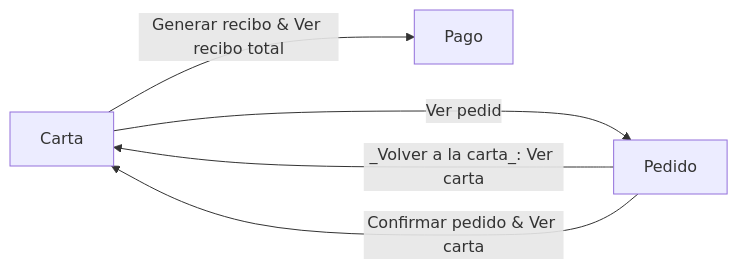
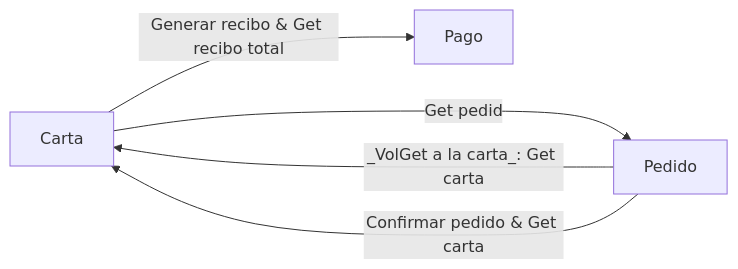
Before and after one commit to pabenito/QRest: the third of 9 diagrams in documentacion/requisitos/diagramas_de_flujo.md, drawn with Mermaid. The commit also changed other lines of this file, not shown here.

Commit message:
Diagramas de flujo: Casos de uso del backend & Sintaxis

````diff
--- a/documentacion/requisitos/diagramas_de_flujo.md
+++ b/documentacion/requisitos/diagramas_de_flujo.md
@@ -7,10 +33,10 @@
 ```mermaid
 flowchart LR
-        carta[Carta]
-        pedido[Pedido]
-        pago[Pago]
-    carta --Ver pedido--> pedido
-    pedido --_Volver a la carta_: Ver carta--> carta
-    pedido --Confirmar pedido & Ver carta--> carta
-    carta --Generar recibo & Ver recibo total--> pago
+    carta[Carta]
+    pedido[Pedido]
+    pago[Pago]
+    carta --Get pedido--> pedido
+    pedido --_VolGet a la carta_: Get carta--> carta
+    pedido --Confirmar pedido & Get carta--> carta
+    carta --Generar recibo & Get recibo total--> pago
 ```
````
